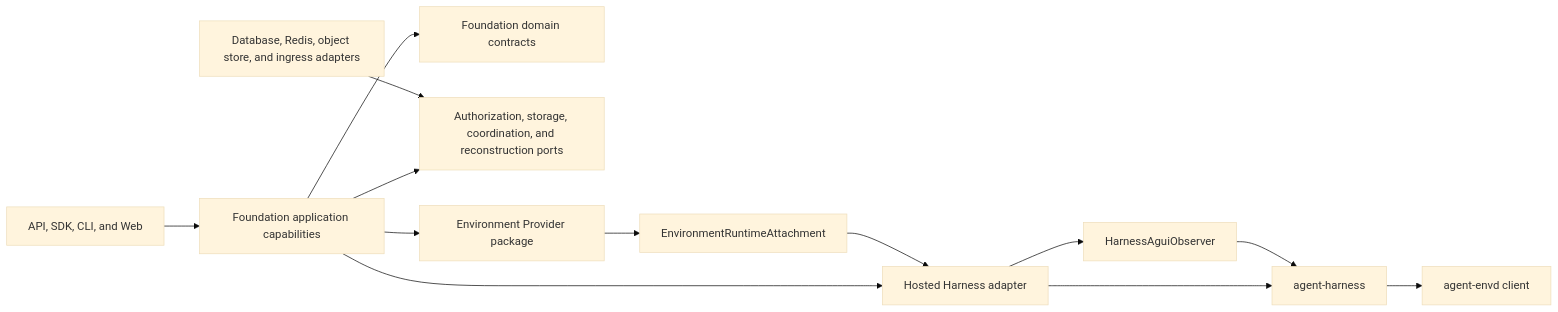
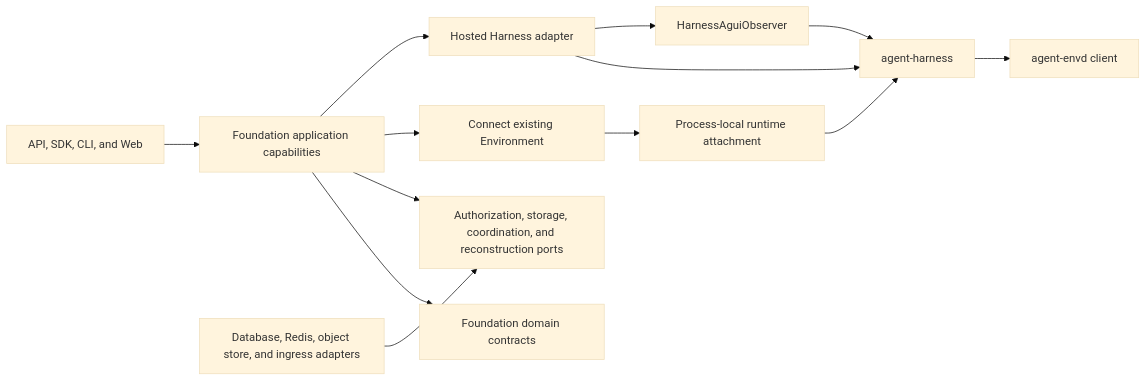
One commit to LTThreeComma/agent-foundation changed the third of 3 diagrams in spec/foundation-service/00-overview.md. Above: the diagram before and after it, drawn with Mermaid (base theme). The commit also changed other lines of this file and 21 other files, not shown here.

````diff
--- a/spec/foundation-service/00-overview.md
+++ b/spec/foundation-service/00-overview.md
@@ -130,15 +134,15 @@
 ```mermaid
 flowchart LR
     Surfaces[API, SDK, CLI, and Web] --> Applications[Foundation application capabilities]
     Applications --> Domain[Foundation domain contracts]
     Applications --> Ports[Authorization, storage, coordination, and reconstruction ports]
     Adapters[Database, Redis, object store, and ingress adapters] --> Ports
-    Applications --> Provider[Environment Provider package]
+    Applications --> Connector[Connect existing Environment]
     Applications --> HostedHarness[Hosted Harness adapter]
-    Provider --> Attachment[EnvironmentRuntimeAttachment]
-    Attachment --> HostedHarness
     HostedHarness --> Harness[agent-harness]
+    Connector --> Attachment[Process-local runtime attachment]
+    Attachment --> Harness
     HostedHarness --> Observer[HarnessAguiObserver]
     Observer --> Harness
     Harness --> EnvdClient[agent-envd client]
 ```
````
